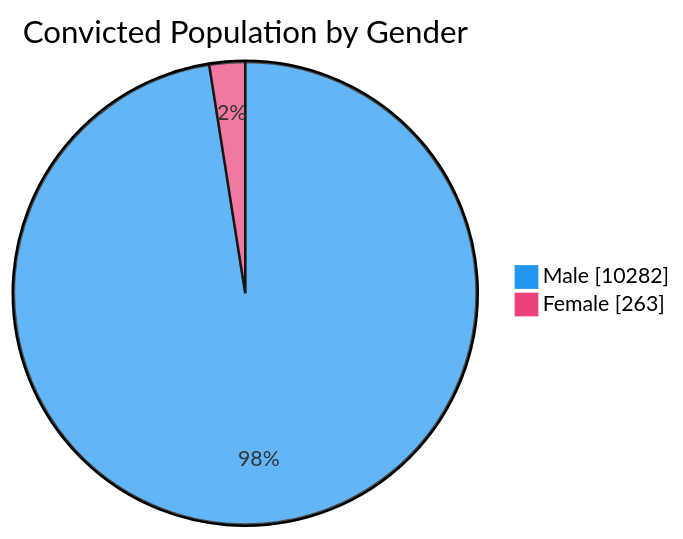
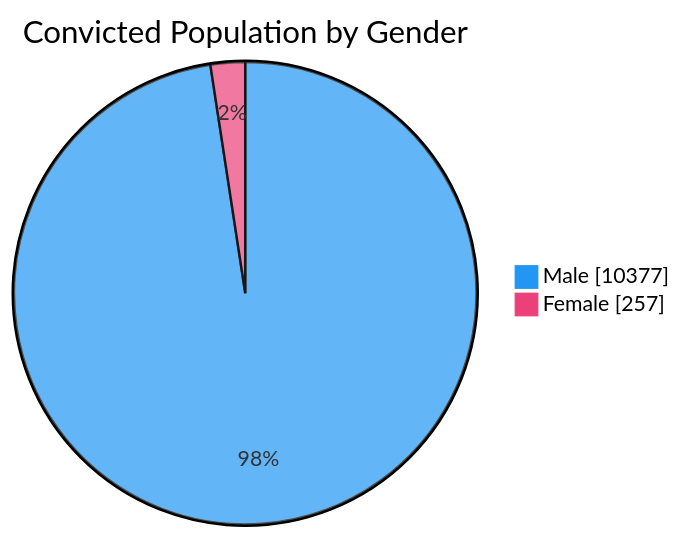
One commit to nuuuwan/lk_prisons changed the third of 7 diagrams in README.md. Above: the diagram before and after it, drawn with Mermaid. The commit also changed other lines of this file and 1 other file, not shown here.

````diff
--- a/README.md
+++ b/README.md
@@ -65,6 +65,6 @@
 ```mermaid
 %%{init: {'themeVariables': {'pie1': '#2196F3', 'pie2': '#EC407A'}}}%%
 pie showData title Convicted Population by Gender
-    "Male" : 10282
-    "Female" : 263
+    "Male" : 10377
+    "Female" : 257
 ```
````
